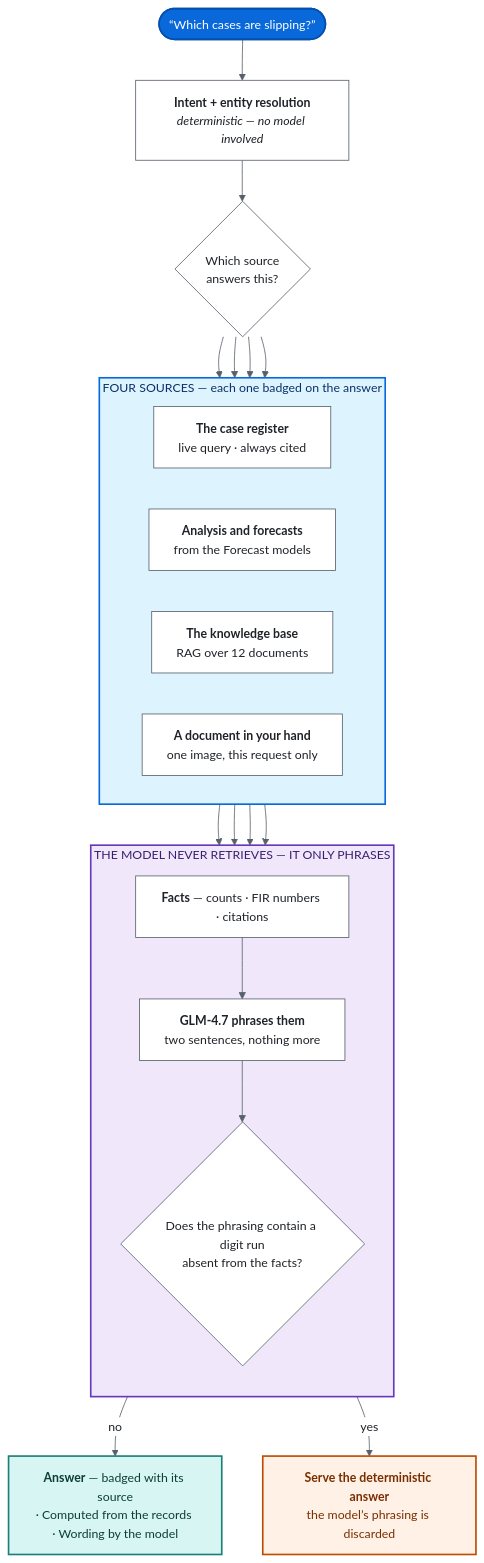
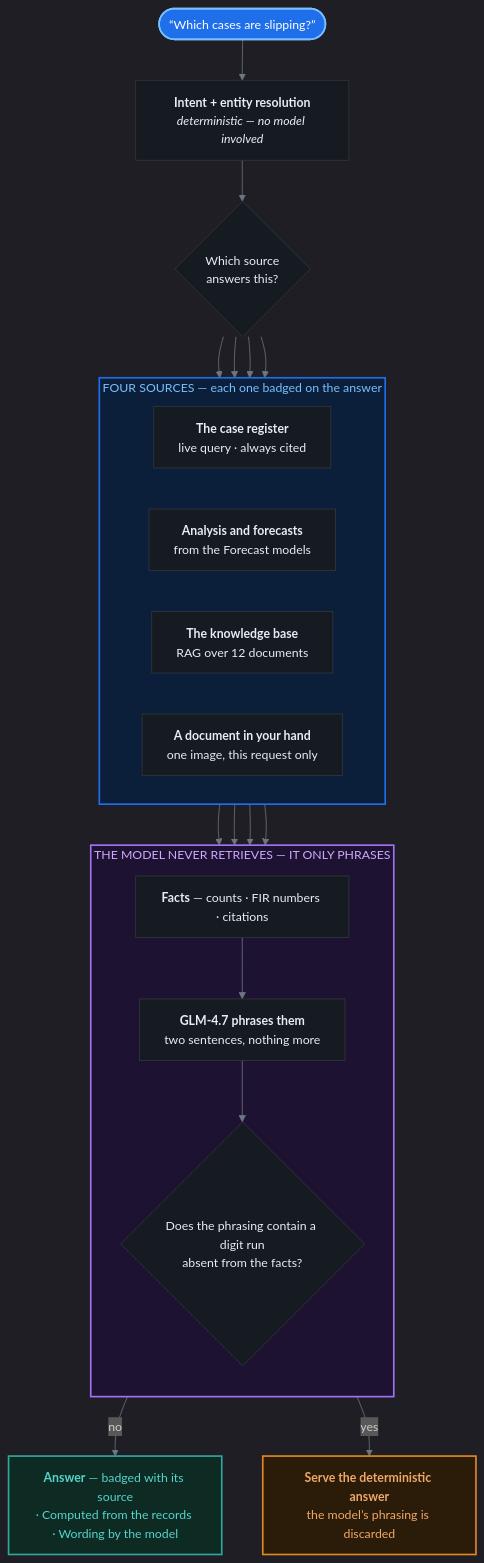
The second of 6 diagrams in README.md (adarshcod30/Kadi), drawn with Mermaid before and after one commit. The commit also changed other lines of this file, not shown here.

First line of the commit message:
Go back to the dark diagrams

````diff
--- a/README.md
+++ b/README.md
@@ -318,44 +318,44 @@
 ```mermaid
-%%{init: {'theme':'base','themeVariables':{'fontSize':'15px','lineColor':'#57606a','primaryTextColor':'#1f2328','edgeLabelBackground':'#ffffff'}}}%%
+%%{init: {'theme':'dark','themeVariables':{'fontSize':'15px','lineColor':'#6e7681','primaryTextColor':'#e6edf3'}}}%%
 flowchart TD
     Q(["“Which cases are slipping?”"])
     I["<b>Intent + entity resolution</b><br/><i>deterministic — no model involved</i>"]
     R{"Which source<br/>answers this?"}
 
     subgraph SRC["FOUR SOURCES — each one badged on the answer"]
         direction LR
         A["<b>The case register</b><br/>live query · always cited"]
         B["<b>Analysis and forecasts</b><br/>from the Forecast models"]
         C["<b>The knowledge base</b><br/>RAG over 12 documents"]
         D["<b>A document in your hand</b><br/>one image, this request only"]
     end
 
     subgraph GUARD["THE MODEL NEVER RETRIEVES — IT ONLY PHRASES"]
         direction TB
         F["<b>Facts</b> — counts · FIR numbers · citations"]
         P["<b>GLM-4.7 phrases them</b><br/>two sentences, nothing more"]
         G{"Does the phrasing contain a digit run<br/>absent from the facts?"}
         F --> P --> G
     end
 
     OUT["<b>Answer</b> — badged with its source<br/>· Computed from the records · Wording by the model"]
     FALL["<b>Serve the deterministic answer</b><br/>the model’s phrasing is discarded"]
 
     Q --> I --> R
     R --> A & B & C & D
     A & B & C & D --> F
     G -->|no| OUT
     G -->|yes| FALL
 
-    classDef box   fill:#ffffff,stroke:#57606a,stroke-width:1px,color:#1f2328
-    classDef good  fill:#d7f5f2,stroke:#1a7f78,stroke-width:2px,color:#0d3d3a
-    classDef warn  fill:#fff1e5,stroke:#bc4c00,stroke-width:2px,color:#7a2e00
-    classDef actor fill:#0969da,stroke:#0550ae,stroke-width:2px,color:#ffffff
+    classDef box   fill:#161b22,stroke:#30363d,stroke-width:1px,color:#e6edf3
+    classDef good  fill:#0d2b22,stroke:#2FA8A0,stroke-width:2px,color:#56d4cc
+    classDef warn  fill:#2b1b09,stroke:#E8871E,stroke-width:2px,color:#f0a868
+    classDef actor fill:#1f6feb,stroke:#79c0ff,stroke-width:2px,color:#ffffff
     class I,R,A,B,C,D,F,P,G box
     class OUT good
     class FALL warn
     class Q actor
 
-    style SRC   fill:#ddf4ff,stroke:#0969da,stroke-width:2px,color:#0a3069
-    style GUARD fill:#f0e7fb,stroke:#6639ba,stroke-width:2px,color:#3b1e70
+    style SRC   fill:#0b1f3a,stroke:#1f6feb,stroke-width:2px,color:#79c0ff
+    style GUARD fill:#1e1233,stroke:#a371f7,stroke-width:2px,color:#d2a8ff
 ```
````
